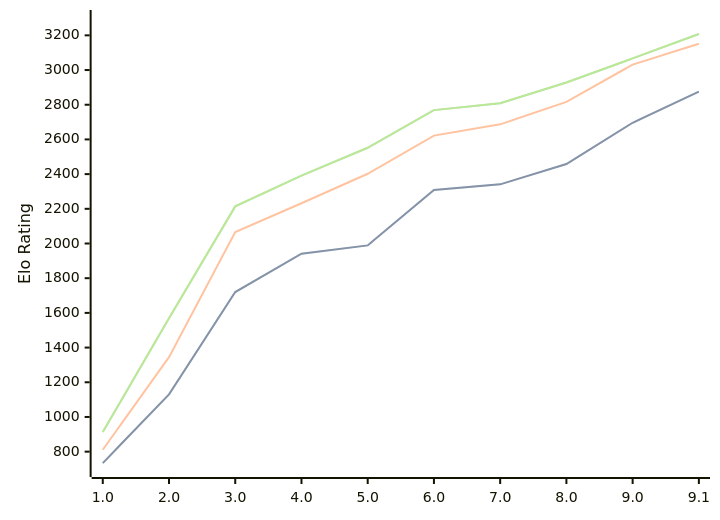
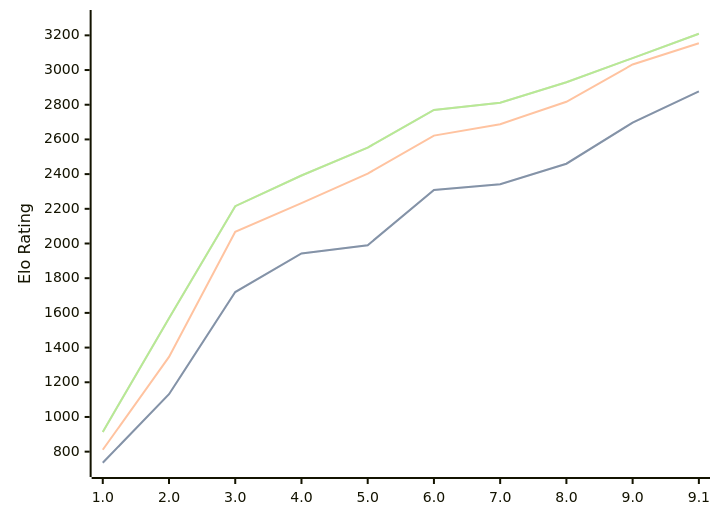
Before and after one commit to computer-chess-index/cci: the diagram in engines/Pea.md, drawn with Mermaid. The commit also changed other lines of this file, not shown here.

Commit message:
Update CCI Ratings (ELO VLTC) - 2026-08-26

````diff
--- a/engines/Pea.md
+++ b/engines/Pea.md
@@ -40,11 +40,11 @@
 ```mermaid
 %%{init: {"theme":"base","themeVariables":{"seriesColors:['#a3a3a3','#222221','#faa371']}}}%%
 xychart-beta
   x-axis ["1.0", "2.0", "3.0", "4.0", "5.0", "6.0", "7.0", "8.0", "9.0", "9.1"]
   y-axis "Elo Rating" 700 --> 3300
-  line "STC (8.0+0.08s)" [734, 1130, 1720, 1941, 1989, 2309, 2341, 2458, 2696, 2876]
-  line "STC (8.0+0.08s)" [734, 1130, 1720, 1941, 1989, 2309, 2341, 2458, 2696, 2876]
-  line "LTC (60.0+0.60s)" [811, 1345, 2066, 2232, 2402, 2622, 2687, 2816, 3031, 3152]
-  line "VLTC (2m24s+1.12s)" [913, 1569, 2214, 2391, 2552, 2769, 2809, 2928, 3067, 3208]
-  line "VLTC (2m24s+1.12s)" [913, 1569, 2214, 2391, 2552, 2769, 2809, 2928, 3067, 3208]
+  line "STC (8.0+0.08s)" [736, 1131, 1720, 1943, 1990, 2309, 2342, 2460, 2697, 2877]
+  line "STC (8.0+0.08s)" [736, 1131, 1720, 1943, 1990, 2309, 2342, 2460, 2697, 2877]
+  line "LTC (60.0+0.60s)" [811, 1346, 2067, 2233, 2403, 2622, 2688, 2817, 3032, 3154]
+  line "VLTC (2m24s+1.12s)" [914, 1569, 2215, 2392, 2553, 2770, 2811, 2930, 3069, 3209]
+  line "VLTC (2m24s+1.12s)" [914, 1569, 2215, 2392, 2553, 2770, 2811, 2930, 3069, 3209]
 ```
````
